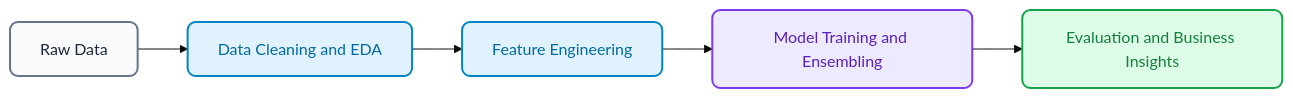
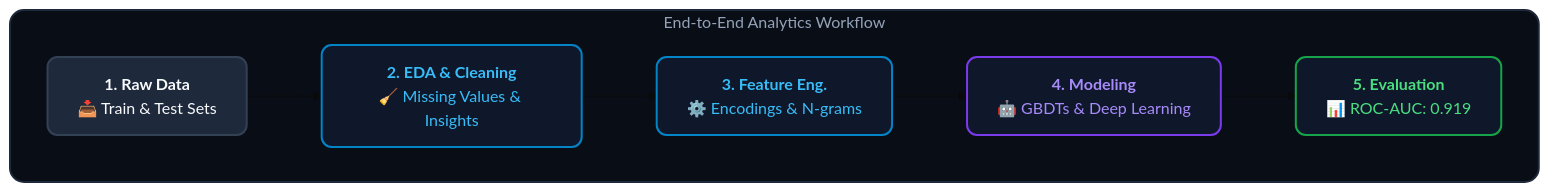
One commit to Nhinn04/Predict-Customer-Churn changed the diagram in README.md. Above: the diagram before and after it, drawn with Mermaid (base theme). The commit also changed other lines of this file, not shown here.

Commit message:
Update project pipeline diagram in README.md

````diff
--- a/README.md
+++ b/README.md
@@ -25,12 +24,22 @@
 ```mermaid
-graph LR
-    classDef raw fill:#f8fafc,stroke:#64748b,stroke-width:2px,color:#1e293b,rx:8,ry:8;
-    classDef process fill:#e0f2fe,stroke:#0284c7,stroke-width:2px,color:#0369a1,rx:8,ry:8;
-    classDef model fill:#ede9fe,stroke:#7c3aed,stroke-width:2px,color:#5b21b6,rx:8,ry:8;
-    classDef result fill:#dcfce7,stroke:#16a34a,stroke-width:2px,color:#15803d,rx:8,ry:8;
+flowchart TD
+    subgraph Dashboard ["End-to-End Analytics Workflow"]
+        direction LR
+        A["<b>1. Raw Data</b><br/>📥 Train & Test Sets"]:::card1
+        B["<b>2. EDA & Cleaning</b><br/>🧹 Missing Values & Insights"]:::card2
+        C["<b>3. Feature Eng.</b><br/>⚙️ Encodings & N-grams"]:::card2
+        D["<b>4. Modeling</b><br/>🤖 GBDTs & Deep Learning"]:::card3
+        E["<b>5. Evaluation</b><br/>📊 ROC-AUC: 0.919"]:::card4
 
-    A[Raw Data]:::raw --> B[Data Cleaning and EDA]:::process
-    B --> C[Feature Engineering]:::process
-    C --> D[Model Training and Ensembling]:::model
-    D --> E[Evaluation and Business Insights]:::result
+        A --> B --> C --> D --> E
+    end
+
+    %% Tùy chỉnh phong cách thẻ (Card styling) sang trọng, gọn gàng
+    classDef card1 fill:#1e293b,stroke:#334155,stroke-width:2px,color:#f8fafc,rx:10,ry:10;
+    classDef card2 fill:#0f172a,stroke:#0284c7,stroke-width:2px,color:#38bdf8,rx:10,ry:10;
+    classDef card3 fill:#0f172a,stroke:#7c3aed,stroke-width:2px,color:#a78bfa,rx:10,ry:10;
+    classDef card4 fill:#0f172a,stroke:#16a34a,stroke-width:2px,color:#4ade80,rx:10,ry:10;
+
+    %% Phong cách khung tổng thể Dark Mode của Dashboard
+    style Dashboard fill:#090d16,stroke:#1e293b,stroke-width:2px,rx:14,ry:14,color:#94a3b8;
 ```
````
